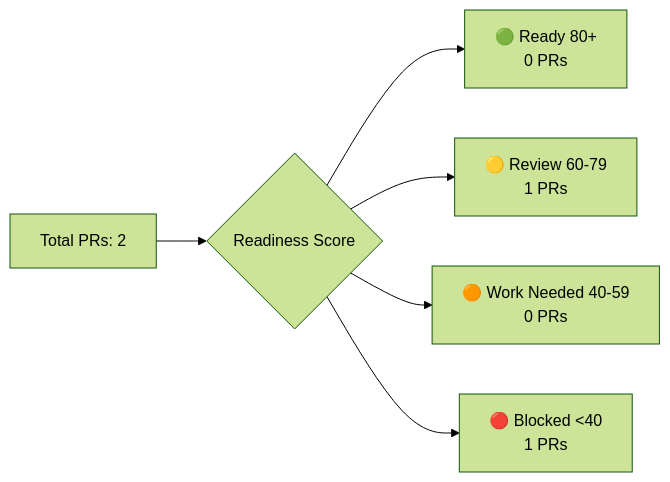
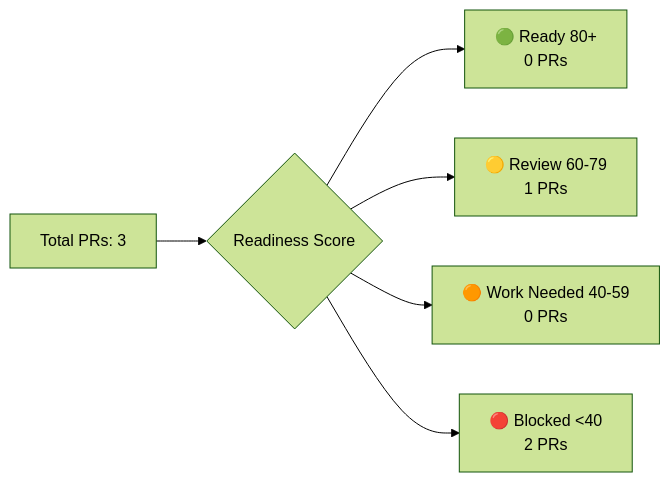
The third of 4 diagrams in docs/tracker.md (Nitsur10/invoice-dashboard-deploy), drawn with Mermaid (forest theme) before and after one commit. The commit also changed other lines of this file and 1 other file, not shown here.

First line of the commit message:
chore(tracker): update portfolio dashboard - 3 PRs, 5 issues

````diff
--- a/docs/tracker.md
+++ b/docs/tracker.md
@@ -40,8 +40,8 @@
 ```mermaid
 graph LR
-    A[Total PRs: 2] --> B{Readiness Score}
+    A[Total PRs: 3] --> B{Readiness Score}
     B --> C[🟢 Ready 80+<br/>0 PRs]
     B --> D[🟡 Review 60-79<br/>1 PRs]
     B --> E[🟠 Work Needed 40-59<br/>0 PRs]
-    B --> F[🔴 Blocked <40<br/>1 PRs]
+    B --> F[🔴 Blocked <40<br/>2 PRs]
 ```
````
